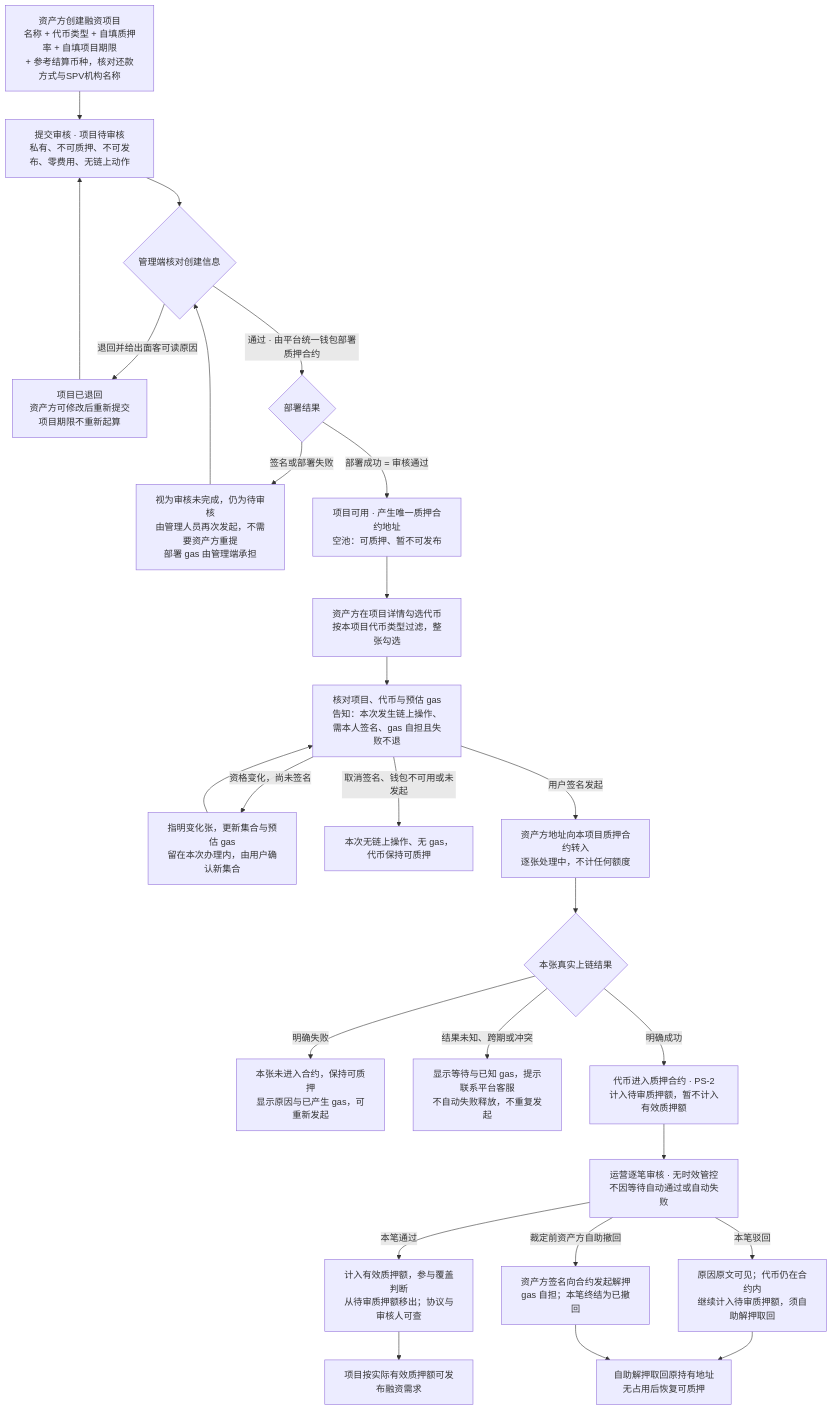
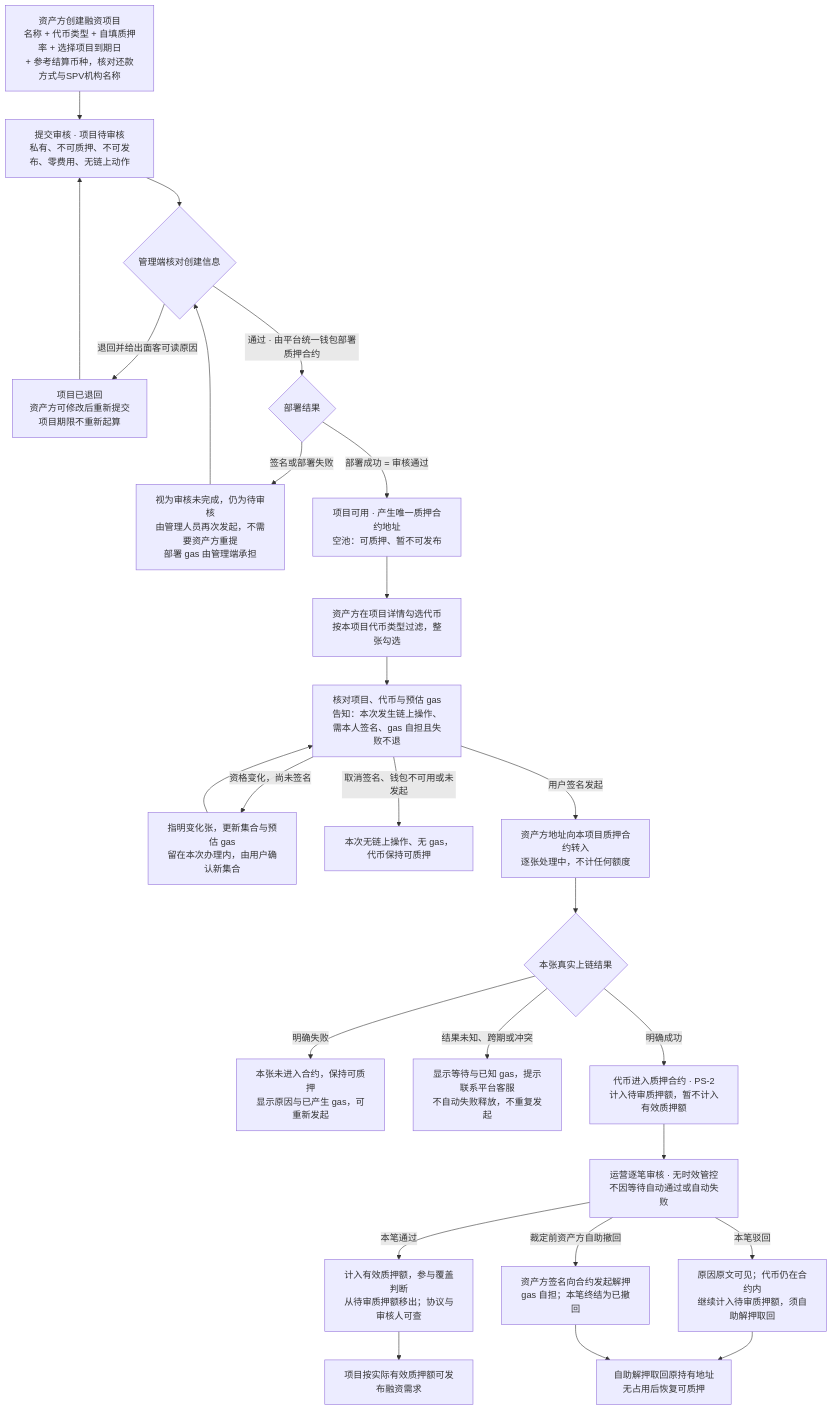
Before and after one commit to wxblockchain/Chain-Financing: the first of 10 diagrams in lending-platform/PRD/面客端/05-借贷广场-融资需求与代币质押/02-融资需求与代币质押-流程图与状态机.md, drawn with Mermaid. The commit also changed 4 other files, not shown here.

````diff
--- a/lending-platform/PRD/面客端/05-借贷广场-融资需求与代币质押/02-融资需求与代币质押-流程图与状态机.md
+++ b/lending-platform/PRD/面客端/05-借贷广场-融资需求与代币质押/02-融资需求与代币质押-流程图与状态机.md
@@ -32,28 +32,28 @@
 ```mermaid
 flowchart TD
-  A0["资产方创建融资项目<br/>名称 + 代币类型 + 自填质押率 + 自填项目期限<br/>+ 参考结算币种，核对还款方式与SPV机构名称"] --> A1["提交审核 · 项目待审核<br/>私有、不可质押、不可发布、零费用、无链上动作"]
+  A0["资产方创建融资项目<br/>名称 + 代币类型 + 自填质押率 + 选择项目到期日<br/>+ 参考结算币种，核对还款方式与SPV机构名称"] --> A1["提交审核 · 项目待审核<br/>私有、不可质押、不可发布、零费用、无链上动作"]
   A1 --> A2{"管理端核对创建信息"}
   A2 -- "退回并给出面客可读原因" --> A3["项目已退回<br/>资产方可修改后重新提交<br/>项目期限不重新起算"]
   A3 --> A1
   A2 -- "通过 · 由平台统一钱包部署质押合约" --> A4{"部署结果"}
   A4 -- "签名或部署失败" --> A5["视为审核未完成，仍为待审核<br/>由管理人员再次发起，不需要资产方重提<br/>部署 gas 由管理端承担"]
   A5 --> A2
   A4 -- "部署成功 = 审核通过" --> A6["项目可用 · 产生唯一质押合约地址<br/>空池：可质押、暂不可发布"]
   A6 --> A["资产方在项目详情勾选代币<br/>按本项目代币类型过滤，整张勾选"]
   A --> H["核对项目、代币与预估 gas<br/>告知：本次发生链上操作、需本人签名、gas 自担且失败不退"]
   H -- "资格变化，尚未签名" --> I["指明变化张，更新集合与预估 gas<br/>留在本次办理内，由用户确认新集合"]
   I --> H
   H -- "取消签名、钱包不可用或未发起" --> J["本次无链上操作、无 gas，代币保持可质押"]
   H -- "用户签名发起" --> K["资产方地址向本项目质押合约转入<br/>逐张处理中，不计任何额度"]
   K --> L{"本张真实上链结果"}
   L -- "明确失败" --> N["本张未进入合约，保持可质押<br/>显示原因与已产生 gas，可重新发起"]
   L -- "结果未知、跨期或冲突" --> O["显示等待与已知 gas，提示联系平台客服<br/>不自动失败释放，不重复发起"]
   L -- "明确成功" --> M["代币进入质押合约 · PS-2<br/>计入待审质押额，暂不计入有效质押额"]
   M --> C["运营逐笔审核 · 无时效管控<br/>不因等待自动通过或自动失败"]
   C -- "本笔通过" --> P["计入有效质押额，参与覆盖判断<br/>从待审质押额移出；协议与审核人可查"]
   C -- "本笔驳回" --> Q["原因原文可见；代币仍在合约内<br/>继续计入待审质押额，须自助解押取回"]
   C -- "裁定前资产方自助撤回" --> R["资产方签名向合约发起解押<br/>gas 自担；本笔终结为已撤回"]
   Q --> S["自助解押取回原持有地址<br/>无占用后恢复可质押"]
   R --> S
   P --> T["项目按实际有效质押额可发布融资需求"]
 ```
````
